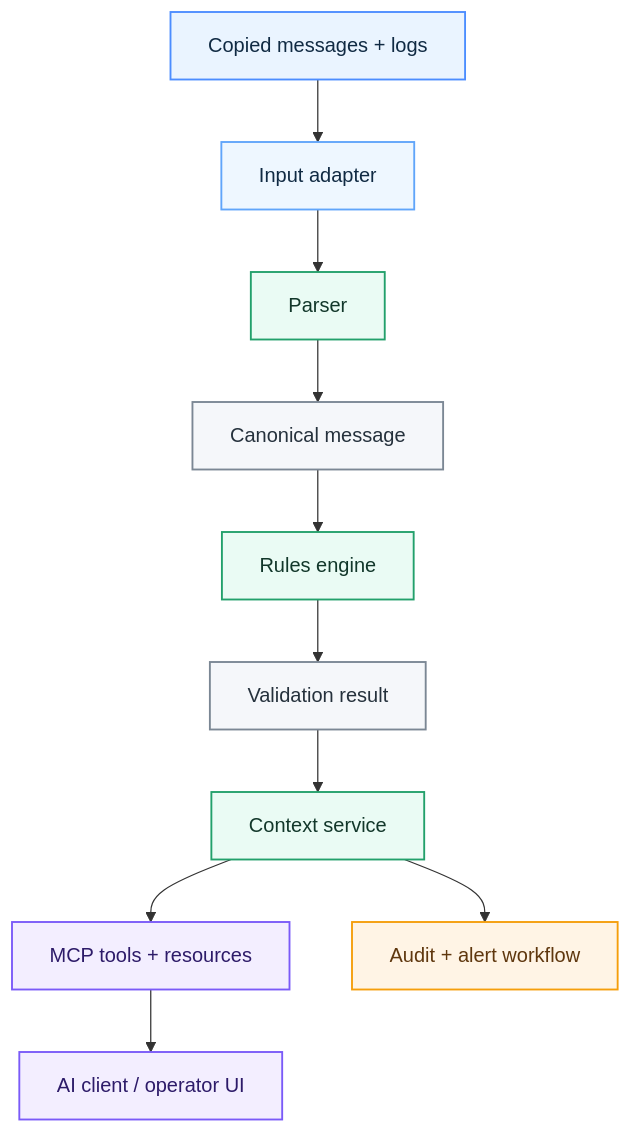
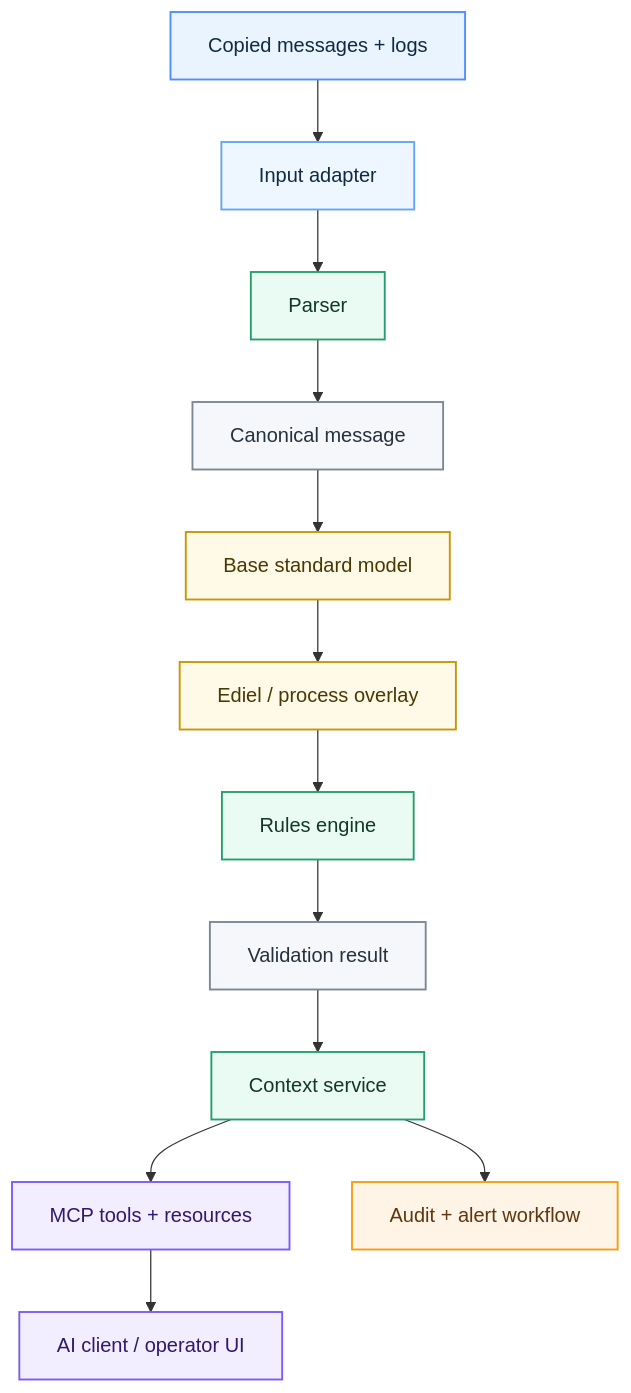
One commit to cjrandersson/tydel-arosyn-mcp changed the diagram in ARCHITECTURE.md. Above: the diagram before and after it, drawn with Mermaid. The commit also changed other lines of this file, not shown here.

Commit message:
Add OpenEDI base-standard layer to architecture

````diff
--- a/ARCHITECTURE.md
+++ b/ARCHITECTURE.md
@@ -35,19 +45,22 @@
 ```mermaid
 flowchart TD
     A["Copied messages + logs"]:::input --> B["Input adapter"]:::adapter
     B --> C["Parser"]:::core
     C --> D["Canonical message"]:::data
-    D --> E["Rules engine"]:::core
-    E --> F["Validation result"]:::data
-    F --> G["Context service"]:::core
-    G --> H["MCP tools + resources"]:::mcp
-    H --> I["AI client / operator UI"]:::mcp
-    G --> J["Audit + alert workflow"]:::action
+    D --> E["Base standard model"]:::standard
+    E --> F["Ediel / process overlay"]:::standard
+    F --> G["Rules engine"]:::core
+    G --> H["Validation result"]:::data
+    H --> I["Context service"]:::core
+    I --> J["MCP tools + resources"]:::mcp
+    J --> K["AI client / operator UI"]:::mcp
+    I --> L["Audit + alert workflow"]:::action
 
     classDef input fill:#EAF4FF,stroke:#4C8DFF,color:#102A43,stroke-width:1.5px;
     classDef adapter fill:#EEF7FF,stroke:#60A5FA,color:#102A43,stroke-width:1.5px;
     classDef core fill:#EAFBF4,stroke:#22A06B,color:#12372A,stroke-width:1.5px;
     classDef data fill:#F5F7FA,stroke:#7B8794,color:#25313C,stroke-width:1.5px;
+    classDef standard fill:#FFF9E8,stroke:#C99500,color:#4A3800,stroke-width:1.5px;
     classDef mcp fill:#F3EEFF,stroke:#7A5AF8,color:#2D1B69,stroke-width:1.5px;
     classDef action fill:#FFF4E5,stroke:#F59E0B,color:#5F370E,stroke-width:1.5px;
 ```
````
